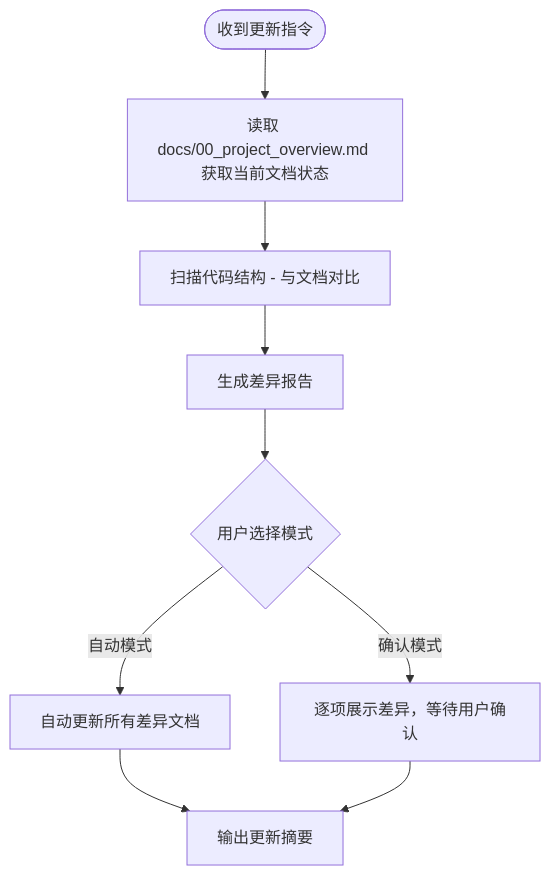
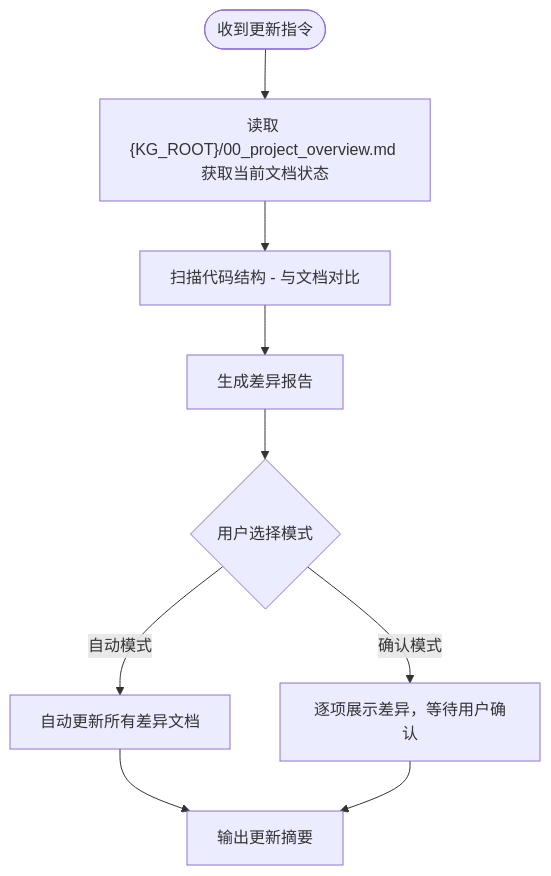
Before and after one commit to exception-coder/team-standards: the diagram in skills/project-docs-update/SKILL.md, drawn with Mermaid. The commit also changed other lines of this file and 11 other files, not shown here.

First line of the commit message:
docs(init-project-docs): 知识图谱输出根反转到用户目录知识库

````diff
--- a/skills/project-docs-update/SKILL.md
+++ b/skills/project-docs-update/SKILL.md
@@ -31,11 +33,11 @@
 ```mermaid
 flowchart TD
-    A([收到更新指令]) --> B[读取 docs/00_project_overview.md 获取当前文档状态]
+    A([收到更新指令]) --> B["读取 {KG_ROOT}/00_project_overview.md 获取当前文档状态"]
     B --> C[扫描代码结构 - 与文档对比]
     C --> D[生成差异报告]
     D --> E{用户选择模式}
     E -->|自动模式| F[自动更新所有差异文档]
     E -->|确认模式| G[逐项展示差异，等待用户确认]
     F --> H[输出更新摘要]
     G --> H
 ```
````
